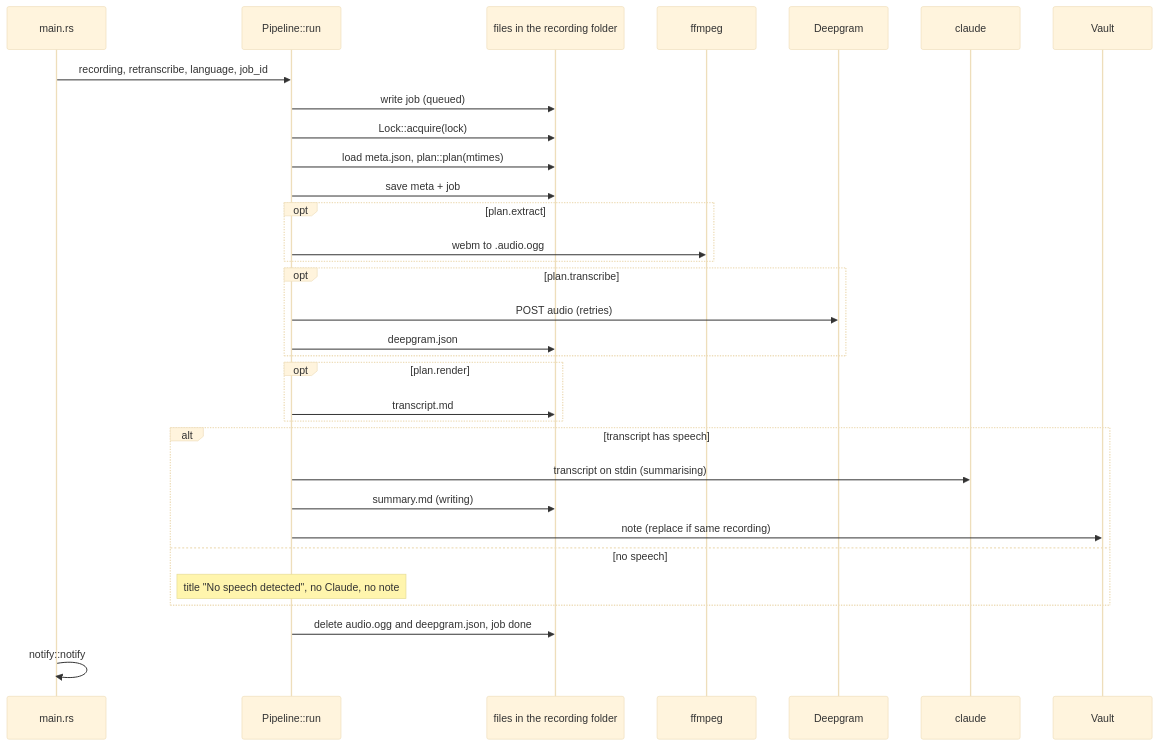
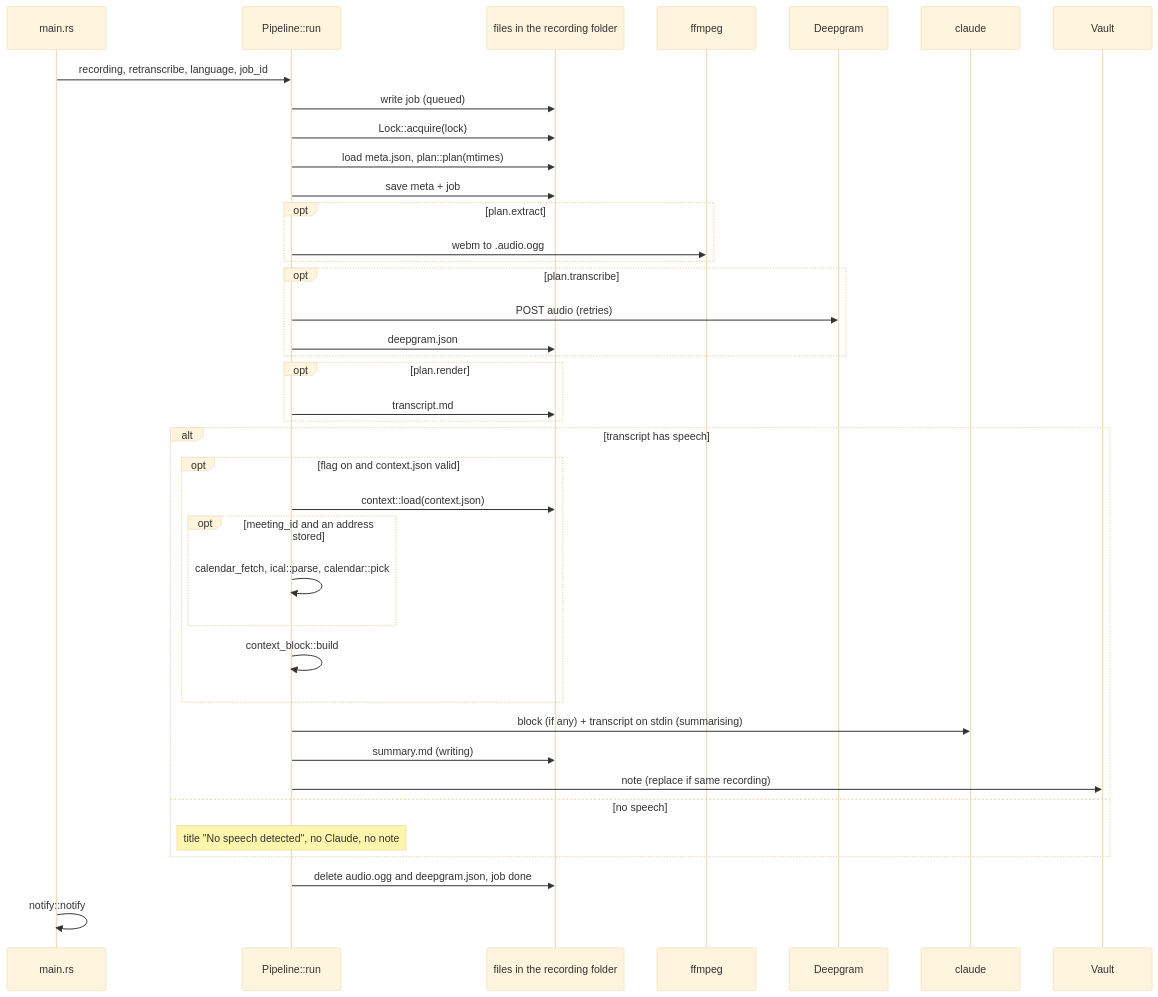
The first of 2 diagrams in docs/features/processing.md (masnun-siam/meeting-manager), drawn with Mermaid (base theme) before and after one commit. The commit also changed other lines of this file and 8 other files, not shown here.

Commit message:
feat(#103): calendar lookup and context block in the pipeline

````diff
--- a/docs/features/processing.md
+++ b/docs/features/processing.md
@@ -22,34 +22,41 @@
 ```mermaid
 sequenceDiagram
     participant M as main.rs
     participant P as Pipeline::run
     participant FS as files in the recording folder
     participant X as ffmpeg
     participant D as Deepgram
     participant C as claude
     participant V as Vault
     M->>P: recording, retranscribe, language, job_id
     P->>FS: write job (queued)
     P->>FS: Lock::acquire(lock)
     P->>FS: load meta.json, plan::plan(mtimes)
     P->>FS: save meta + job
     opt plan.extract
         P->>X: webm to .audio.ogg
     end
     opt plan.transcribe
         P->>D: POST audio (retries)
         P->>FS: deepgram.json
     end
     opt plan.render
         P->>FS: transcript.md
     end
     alt transcript has speech
-        P->>C: transcript on stdin (summarising)
+        opt flag on and context.json valid
+            P->>FS: context::load(context.json)
+            opt meeting_id and an address stored
+                P->>P: calendar_fetch, ical::parse, calendar::pick
+            end
+            P->>P: context_block::build
+        end
+        P->>C: block (if any) + transcript on stdin (summarising)
         P->>FS: summary.md (writing)
         P->>V: note (replace if same recording)
     else no speech
         Note over P: title "No speech detected", no Claude, no note
     end
     P->>FS: delete audio.ogg and deepgram.json, job done
     M->>M: notify::notify
 ```
````
